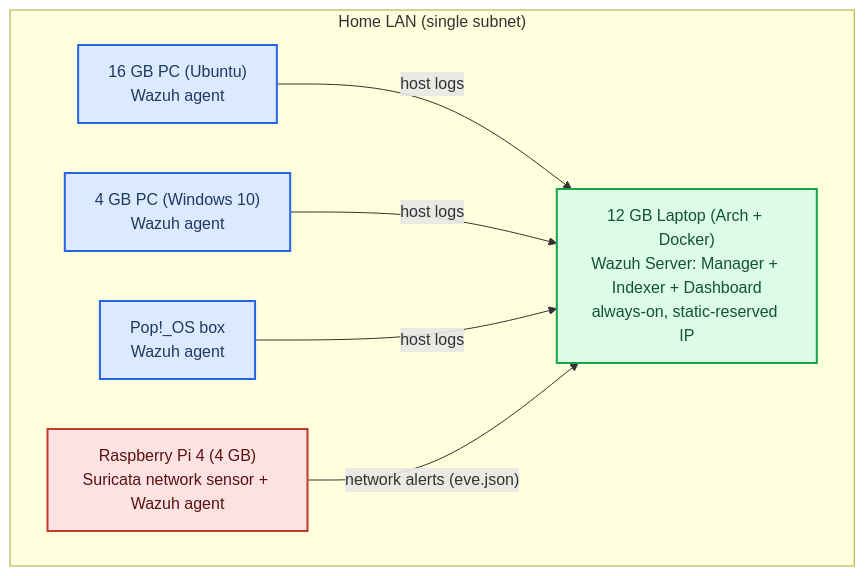
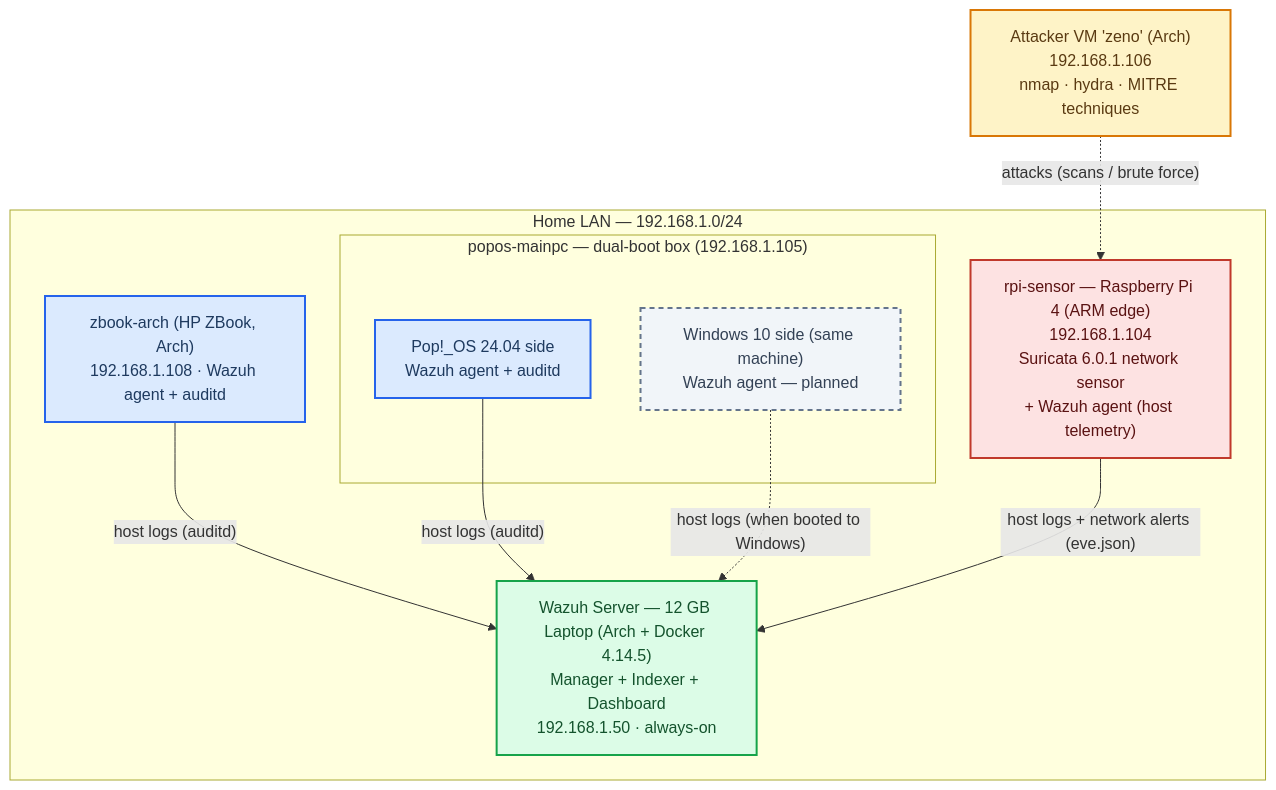
One commit to sakib2588/network-ops-lab changed the diagram in README.md. Above: the diagram before and after it, drawn with Mermaid. The commit also changed other lines of this file and 5 other files, not shown here.

````diff
--- a/README.md
+++ b/README.md
@@ -17,22 +17,30 @@
 ```mermaid
 flowchart TB
-    subgraph net["Home LAN (single subnet)"]
-        server["12 GB Laptop (Arch + Docker)<br/>Wazuh Server: Manager + Indexer + Dashboard<br/>always-on, static-reserved IP"]
-        pc1["16 GB PC (Ubuntu)<br/>Wazuh agent"]
-        pc2["4 GB PC (Windows 10)<br/>Wazuh agent"]
-        popos["Pop!_OS box<br/>Wazuh agent"]
-        pi["Raspberry Pi 4 (4 GB)<br/>Suricata network sensor + Wazuh agent"]
+    attacker["Attacker VM 'zeno' (Arch)<br/>192.168.1.106<br/>nmap · hydra · MITRE techniques"]
+    subgraph net["Home LAN — 192.168.1.0/24"]
+        server["Wazuh Server — 12 GB Laptop (Arch + Docker 4.14.5)<br/>Manager + Indexer + Dashboard<br/>192.168.1.50 · always-on"]
+        zbook["zbook-arch (HP ZBook, Arch)<br/>192.168.1.108 · Wazuh agent + auditd"]
+        subgraph dual["popos-mainpc — dual-boot box (192.168.1.105)"]
+            popos["Pop!_OS 24.04 side<br/>Wazuh agent + auditd"]
+            win["Windows 10 side (same machine)<br/>Wazuh agent — planned"]
+        end
+        pi["rpi-sensor — Raspberry Pi 4 (ARM edge)<br/>192.168.1.104<br/>Suricata 6.0.1 network sensor<br/>+ Wazuh agent (host telemetry)"]
     end
 
-    pc1 -- "host logs" --> server
-    pc2 -- "host logs" --> server
-    popos -- "host logs" --> server
-    pi -- "network alerts (eve.json)" --> server
+    attacker -. "attacks (scans / brute force)" .-> pi
+    zbook -- "host logs (auditd)" --> server
+    popos -- "host logs (auditd)" --> server
+    win -. "host logs (when booted to Windows)" .-> server
+    pi -- "host logs + network alerts (eve.json)" --> server
 
     classDef srv fill:#dcfce7,stroke:#16a34a,stroke-width:2px,color:#14532d
     classDef agt fill:#dbeafe,stroke:#2563eb,stroke-width:2px,color:#1e3a5f
     classDef sensor fill:#fde2e2,stroke:#c0392b,stroke-width:2px,color:#5a1212
+    classDef atk fill:#fef3c7,stroke:#d97706,stroke-width:2px,color:#5a3a12
+    classDef planned fill:#f1f5f9,stroke:#64748b,stroke-width:2px,stroke-dasharray:5 4,color:#334155
     class server srv
-    class pc1,pc2,popos agt
+    class zbook,popos agt
     class pi sensor
+    class attacker atk
+    class win planned
 ```
````
